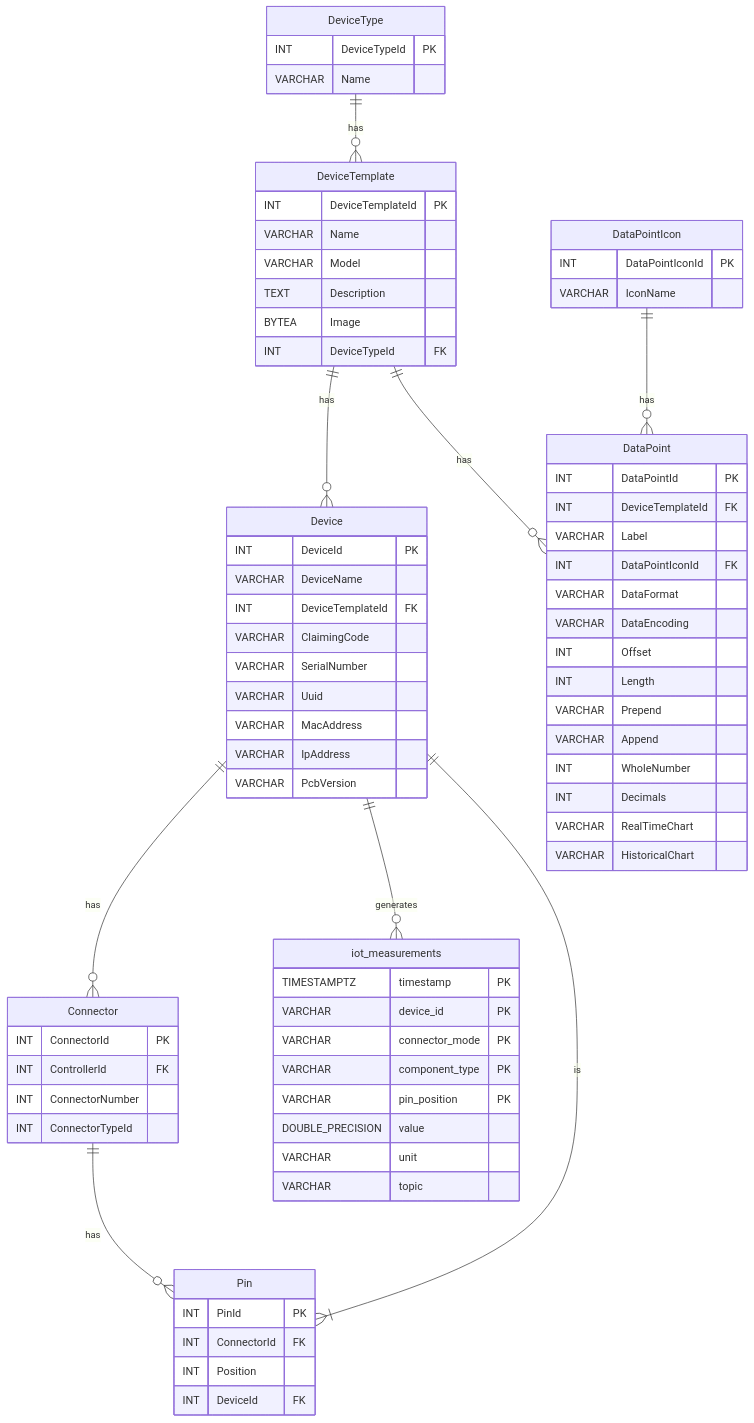
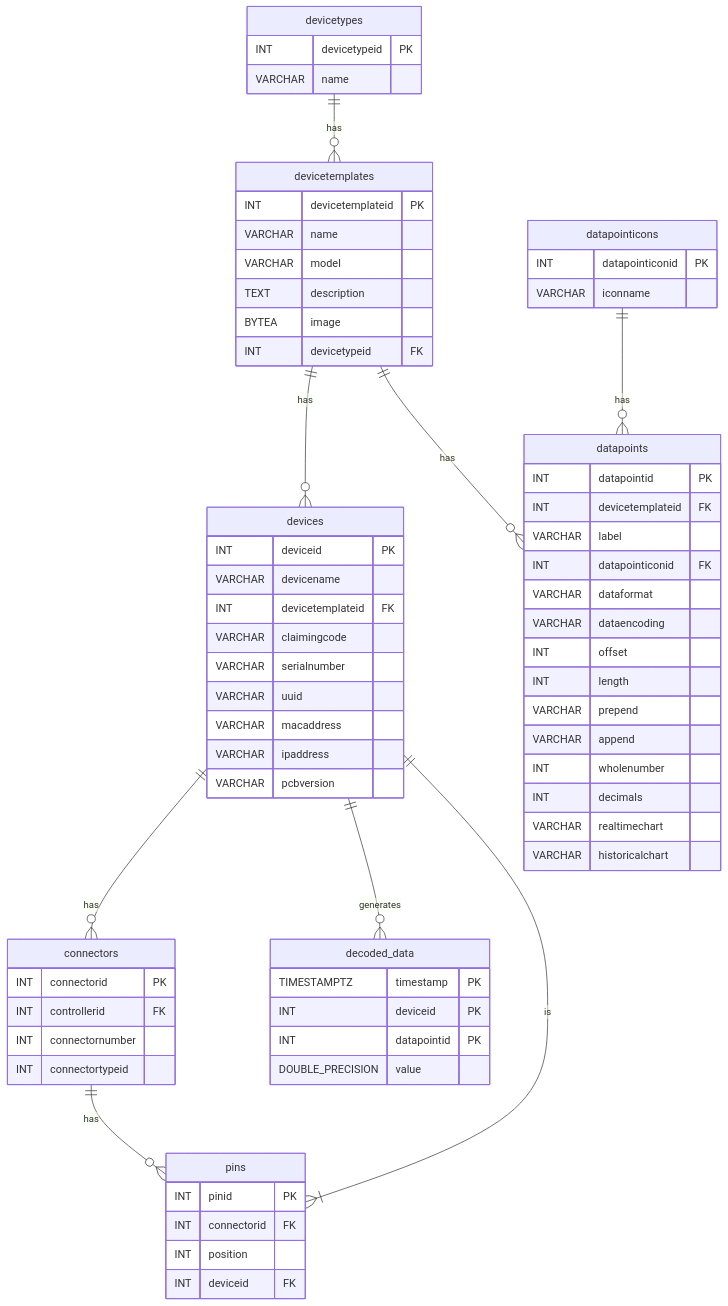
One commit to amoyavt/POC_MQTT changed the diagram in docs/data-models.md. Above: the diagram before and after it, drawn with Mermaid. The commit also changed other lines of this file and 5 other files, not shown here.

Commit message:
feat: Update data models and SQL initialization for consistent naming conventions and schema integration

````diff
--- a/docs/data-models.md
+++ b/docs/data-models.md
@@ -6,78 +6,74 @@
 ```mermaid
 erDiagram
-    "DeviceType" {
-        INT DeviceTypeId PK
-        VARCHAR Name
+    "devicetypes" {
+        INT devicetypeid PK
+        VARCHAR name
     }
-    "DeviceTemplate" {
-        INT DeviceTemplateId PK
-        VARCHAR Name
-        VARCHAR Model
-        TEXT Description
-        BYTEA Image
-        INT DeviceTypeId FK
+    "devicetemplates" {
+        INT devicetemplateid PK
+        VARCHAR name
+        VARCHAR model
+        TEXT description
+        BYTEA image
+        INT devicetypeid FK
     }
-    "Device" {
-        INT DeviceId PK
-        VARCHAR DeviceName
-        INT DeviceTemplateId FK
-        VARCHAR ClaimingCode
-        VARCHAR SerialNumber
-        VARCHAR Uuid
-        VARCHAR MacAddress
-        VARCHAR IpAddress
-        VARCHAR PcbVersion
+    "devices" {
+        INT deviceid PK
+        VARCHAR devicename
+        INT devicetemplateid FK
+        VARCHAR claimingcode
+        VARCHAR serialnumber
+        VARCHAR uuid
+        VARCHAR macaddress
+        VARCHAR ipaddress
+        VARCHAR pcbversion
     }
-    "Connector" {
-        INT ConnectorId PK
-        INT ControllerId FK
-        INT ConnectorNumber
-        INT ConnectorTypeId
+    "connectors" {
+        INT connectorid PK
+        INT controllerid FK
+        INT connectornumber
+        INT connectortypeid
     }
-    "Pin" {
-        INT PinId PK
-        INT ConnectorId FK
-        INT Position
-        INT DeviceId FK
+    "pins" {
+        INT pinid PK
+        INT connectorid FK
+        INT position
+        INT deviceid FK
     }
-    "DataPointIcon" {
-        INT DataPointIconId PK
-        VARCHAR IconName
+    "datapointicons" {
+        INT datapointiconid PK
+        VARCHAR iconname
     }
-    "DataPoint" {
-        INT DataPointId PK
-        INT DeviceTemplateId FK
-        VARCHAR Label
-        INT DataPointIconId FK
-        VARCHAR DataFormat
-        VARCHAR DataEncoding
-        INT Offset
-        INT Length
-        VARCHAR Prepend
-        VARCHAR Append
-        INT WholeNumber
-        INT Decimals
-        VARCHAR RealTimeChart
-        VARCHAR HistoricalChart
+    "datapoints" {
+        INT datapointid PK
+        INT devicetemplateid FK
+        VARCHAR label
+        INT datapointiconid FK
+        VARCHAR dataformat
+        VARCHAR dataencoding
+        INT offset
+        INT length
+        VARCHAR prepend
+        VARCHAR append
+        INT wholenumber
+        INT decimals
+        VARCHAR realtimechart
+        VARCHAR historicalchart
     }
-    "iot_measurements" {
+    "decoded_data" {
         TIMESTAMPTZ timestamp PK
-        VARCHAR device_id PK
-        VARCHAR connector_mode PK
-        VARCHAR component_type PK
-        VARCHAR pin_position PK
+        INT deviceid PK
+        INT datapointid PK
         DOUBLE_PRECISION value
-        VARCHAR unit
-        VARCHAR topic
     }
 
-    "DeviceType" ||--o{ "DeviceTemplate" : "has"
-    "DeviceTemplate" ||--o{ "Device" : "has"
-    "DeviceTemplate" ||--o{ "DataPoint" : "has"
-    "Device" ||--o{ "Connector" : "has"
-    "Connector" ||--o{ "Pin" : "has"
-    "Device" ||--|{ "Pin" : "is"
-    "DataPointIcon" ||--o{ "DataPoint" : "has"
-    "Device" ||--o{ "iot_measurements" : "generates"
+    "devicetypes" ||--o{ "devicetemplates" : "has"
+    "devicetemplates" ||--o{ "devices" : "has"
+    "devicetemplates" ||--o{ "datapoints" : "has"
+    "devices" ||--o{ "connectors" : "has"
+    "connectors" ||--o{ "pins" : "has"
+    "devices" ||--|{ "pins" : "is"
+    "datapointicons" ||--o{ "datapoints" : "has"
+    "devices" ||--o{ "decoded_data" : "generates"
 
 ```
````
